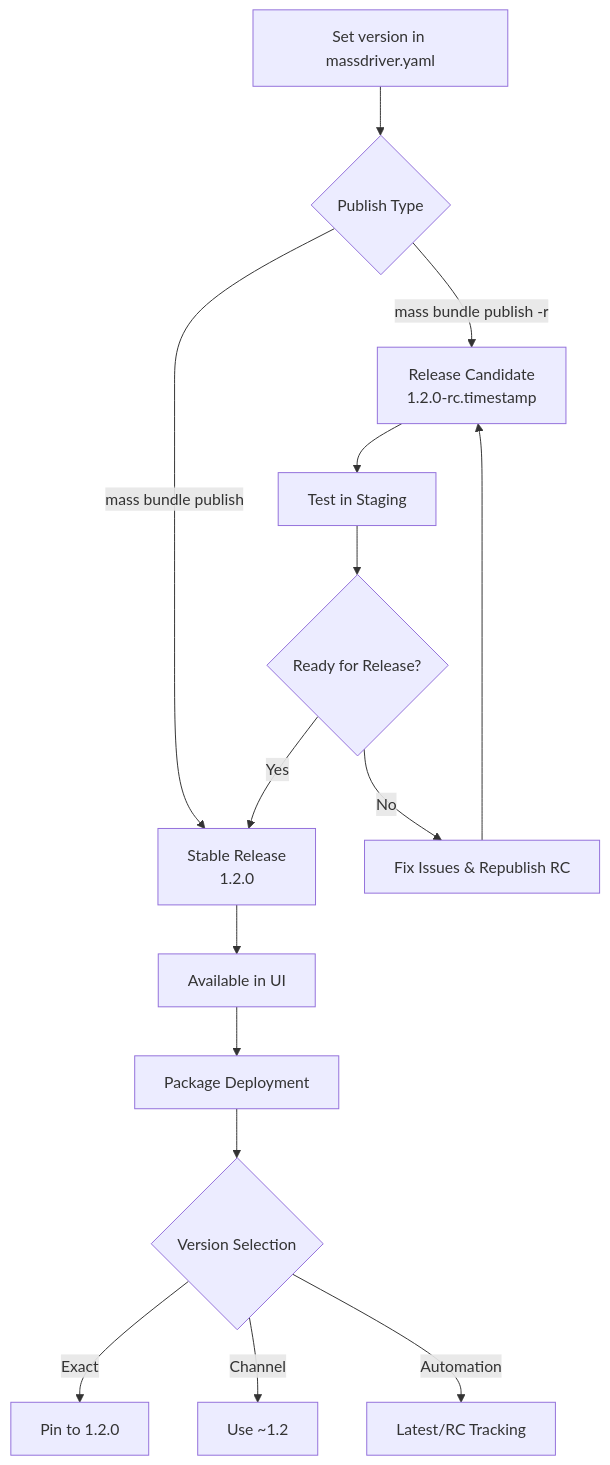
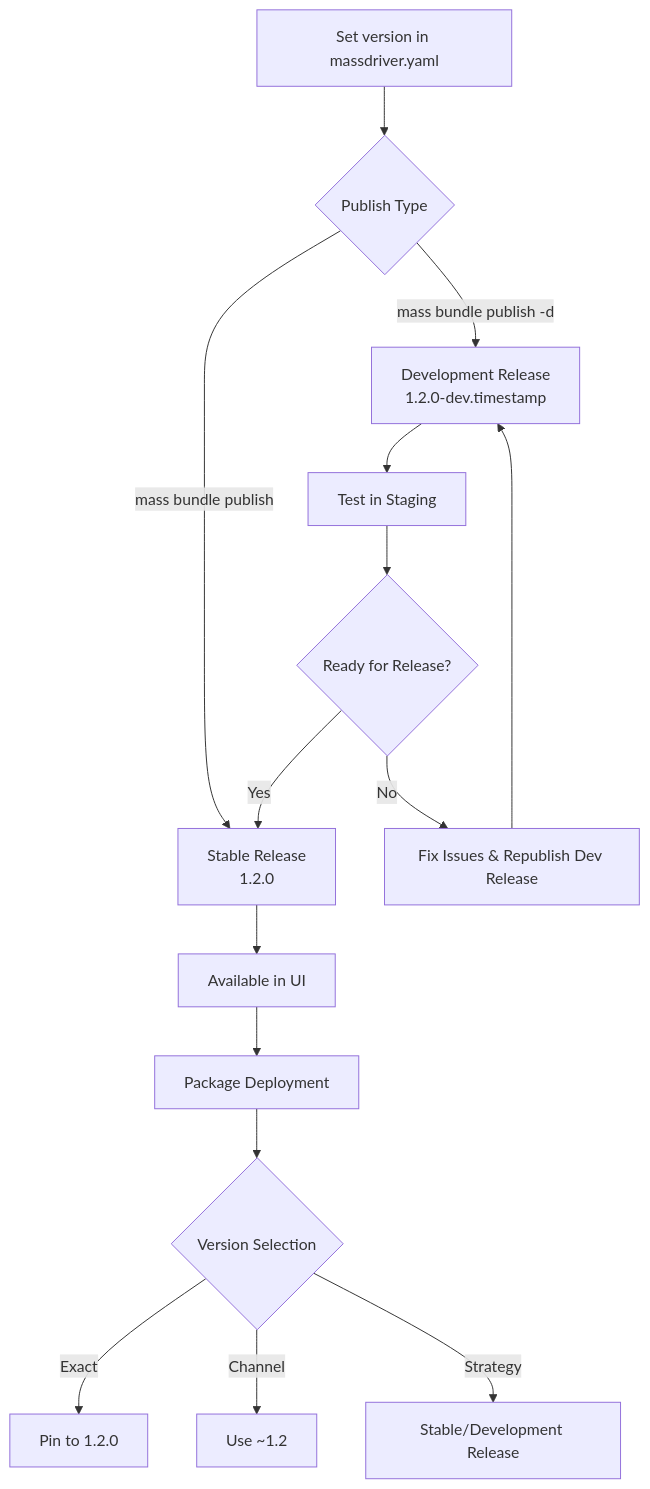
The first of 2 diagrams in docs/concepts/11-versions.md (massdriver-cloud/docs), drawn with Mermaid before and after one commit. The commit also changed other lines of this file, not shown here.

````diff
--- a/docs/concepts/11-versions.md
+++ b/docs/concepts/11-versions.md
@@ -263,17 +270,17 @@
 ```mermaid
 graph TD
     A[Set version in massdriver.yaml] --> B{Publish Type}
-    B -->|mass bundle publish -r| C[Release Candidate<br/>1.2.0-rc.timestamp]
+    B -->|mass bundle publish -d| C[Development Release<br/>1.2.0-dev.timestamp]
     B -->|mass bundle publish| D[Stable Release<br/>1.2.0]
     C --> E[Test in Staging]
     E --> F{Ready for Release?}
-    F -->|No| G[Fix Issues & Republish RC]
+    F -->|No| G[Fix Issues & Republish Dev Release]
     G --> C
     F -->|Yes| D
     D --> H[Available in UI]
     H --> I[Package Deployment]
     I --> J{Version Selection}
     J -->|Exact| K[Pin to 1.2.0]
     J -->|Channel| L[Use ~1.2]
-    J -->|Automation| M[Latest/RC Tracking]
+    J -->|Strategy| M[Stable/Development Release]
 ```
````
